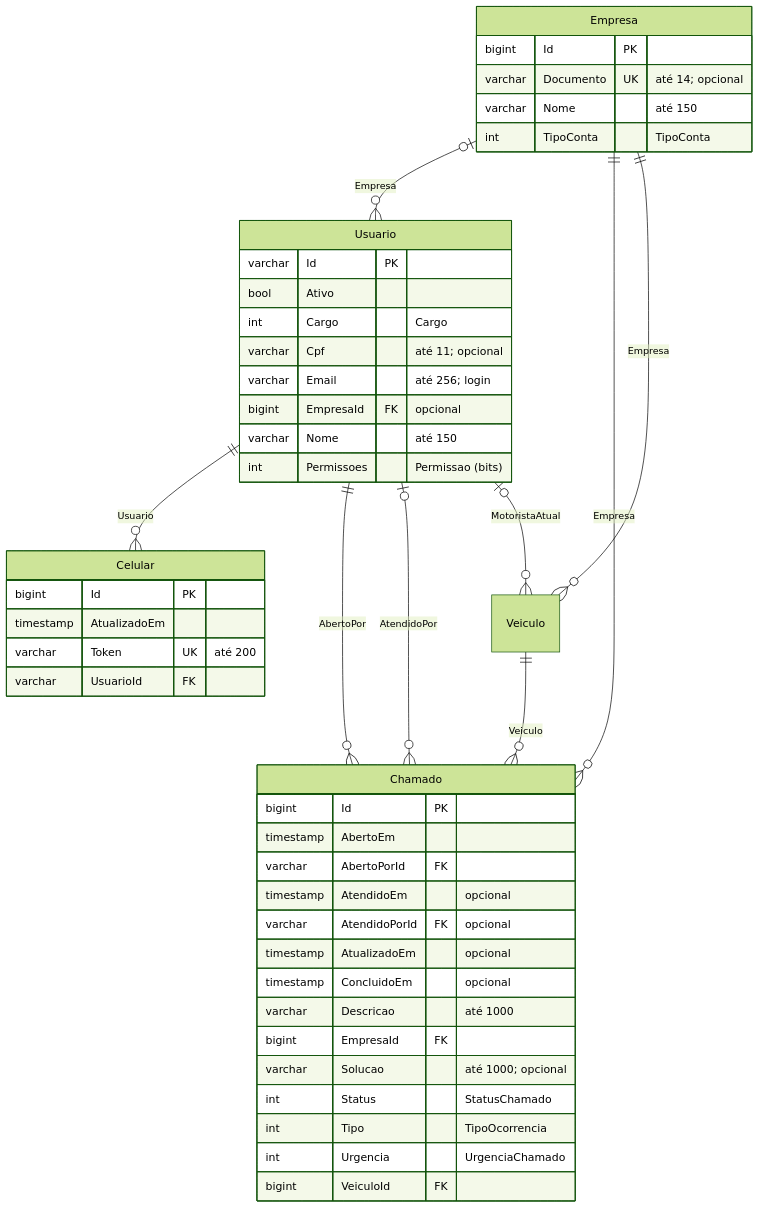
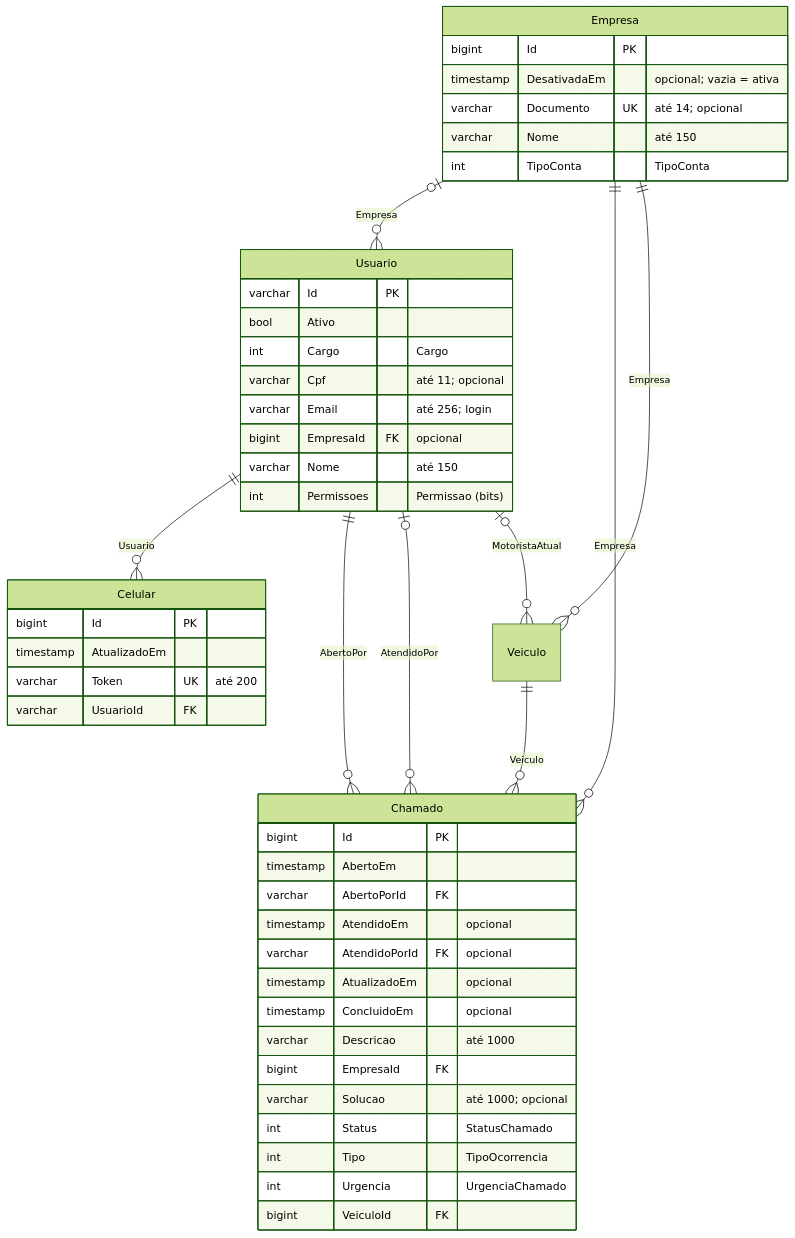
The fourth of 4 diagrams in docs/banco-de-dados.md (LeandroPoletti/CheckTruck), drawn with Mermaid (forest theme) before and after one commit. The commit also changed 38 other files, not shown here.

````diff
--- a/docs/banco-de-dados.md
+++ b/docs/banco-de-dados.md
@@ -225,49 +225,50 @@
 ```mermaid
 erDiagram
     Empresa {
         bigint Id PK
+        timestamp DesativadaEm "opcional; vazia = ativa"
         varchar Documento UK "até 14; opcional"
         varchar Nome "até 150"
         int TipoConta "TipoConta"
     }
     Usuario {
         varchar Id PK
         bool Ativo
         int Cargo "Cargo"
         varchar Cpf "até 11; opcional"
         varchar Email "até 256; login"
         bigint EmpresaId FK "opcional"
         varchar Nome "até 150"
         int Permissoes "Permissao (bits)"
     }
     Celular {
         bigint Id PK
         timestamp AtualizadoEm
         varchar Token UK "até 200"
         varchar UsuarioId FK
     }
     Chamado {
         bigint Id PK
         timestamp AbertoEm
         varchar AbertoPorId FK
         timestamp AtendidoEm "opcional"
         varchar AtendidoPorId FK "opcional"
         timestamp AtualizadoEm "opcional"
         timestamp ConcluidoEm "opcional"
         varchar Descricao "até 1000"
         bigint EmpresaId FK
         varchar Solucao "até 1000; opcional"
         int Status "StatusChamado"
         int Tipo "TipoOcorrencia"
         int Urgencia "UrgenciaChamado"
         bigint VeiculoId FK
     }
     Empresa |o--o{ Usuario : "Empresa"
     Usuario ||--o{ Celular : "Usuario"
     Usuario ||--o{ Chamado : "AbertoPor"
     Usuario |o--o{ Chamado : "AtendidoPor"
     Empresa ||--o{ Chamado : "Empresa"
     Veiculo ||--o{ Chamado : "Veiculo"
     Empresa ||--o{ Veiculo : "Empresa"
     Usuario |o--o{ Veiculo : "MotoristaAtual"
 ```
````
